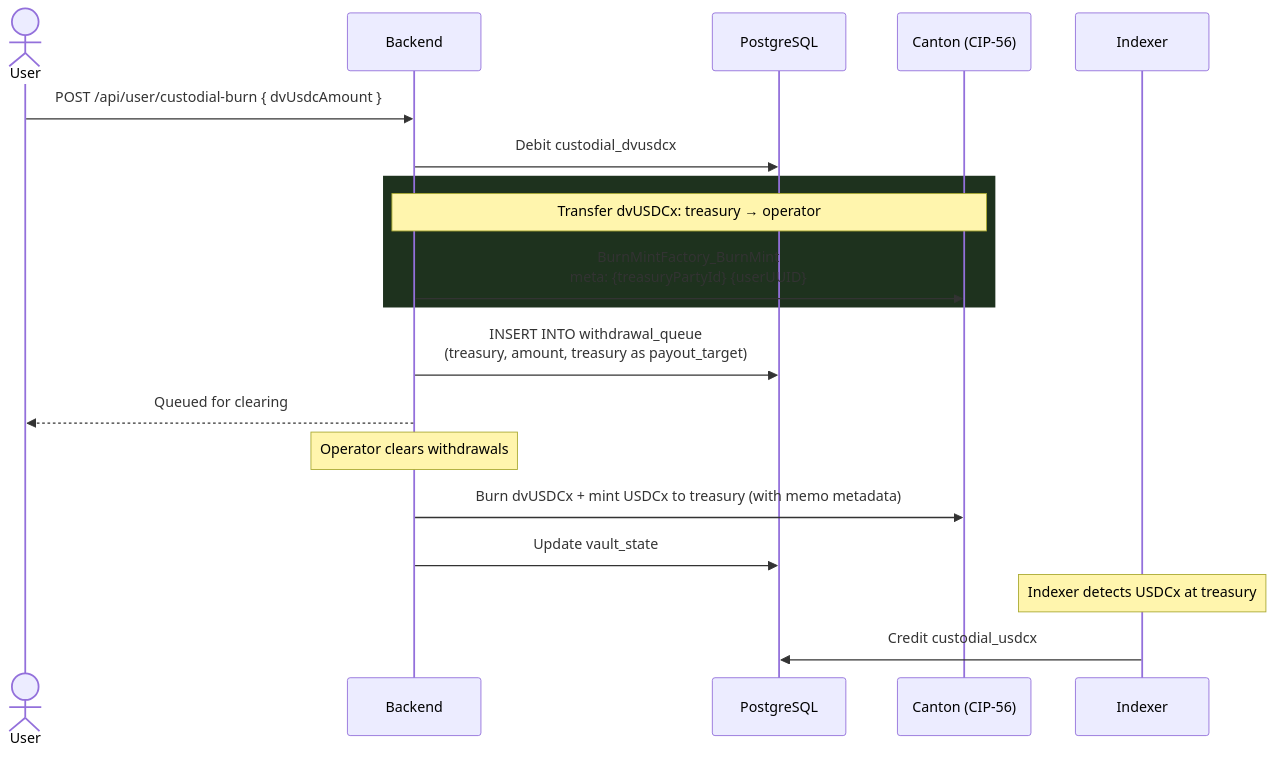
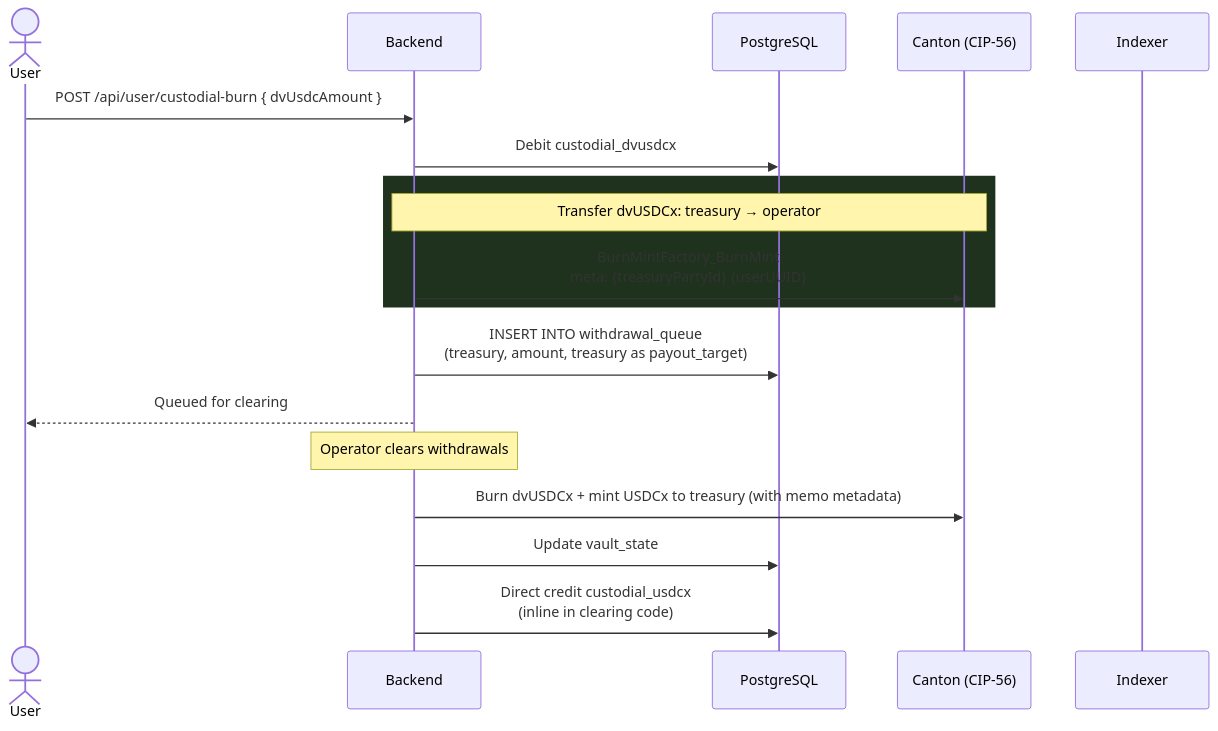
Before and after one commit to dittonetwork/ditto-ccvault: the eighth of 13 diagrams in ARCHITECTURE.md, drawn with Mermaid. The commit also changed other lines of this file and 1 other file, not shown here.

First line of the commit message:
docs: update custodial deposit flows, clearing credits, and UI description

````diff
--- a/ARCHITECTURE.md
+++ b/ARCHITECTURE.md
@@ -543,26 +551,24 @@
 ```mermaid
 sequenceDiagram
     actor User
     participant BE as Backend
     participant DB as PostgreSQL
     participant CN as Canton (CIP-56)
     participant IDX as Indexer
 
     User->>BE: POST /api/user/custodial-burn { dvUsdcAmount }
     BE->>DB: Debit custodial_dvusdcx
 
     rect rgb(30, 50, 30)
         Note over BE,CN: Transfer dvUSDCx: treasury → operator
         BE->>CN: BurnMintFactory_BurnMint<br/>meta: {treasuryPartyId} {userUUID}
     end
 
     BE->>DB: INSERT INTO withdrawal_queue<br/>(treasury, amount, treasury as payout_target)
     BE-->>User: Queued for clearing
 
     Note over BE: Operator clears withdrawals
     BE->>CN: Burn dvUSDCx + mint USDCx to treasury (with memo metadata)
     BE->>DB: Update vault_state
-
-    Note over IDX: Indexer detects USDCx at treasury
-    IDX->>DB: Credit custodial_usdcx
+    BE->>DB: Direct credit custodial_usdcx<br/>(inline in clearing code)
 ```
````
